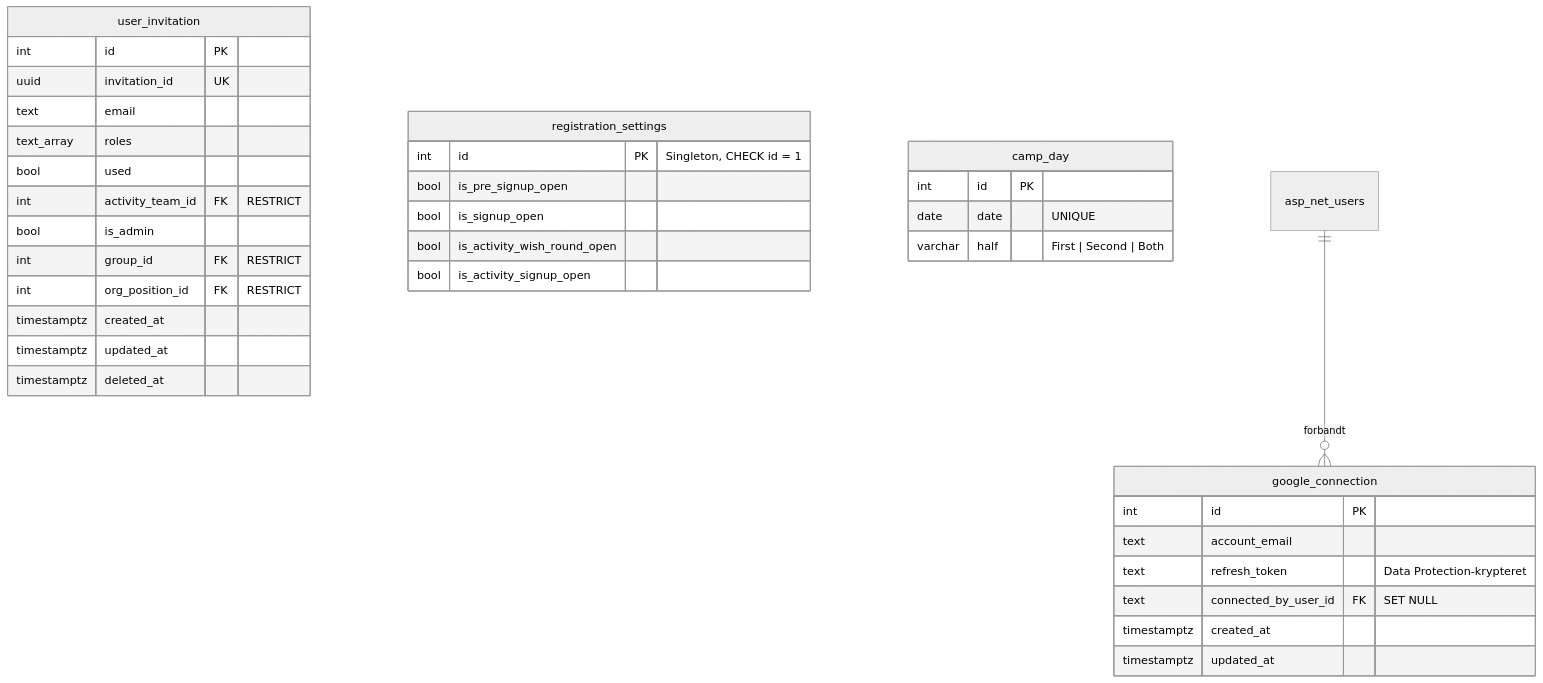
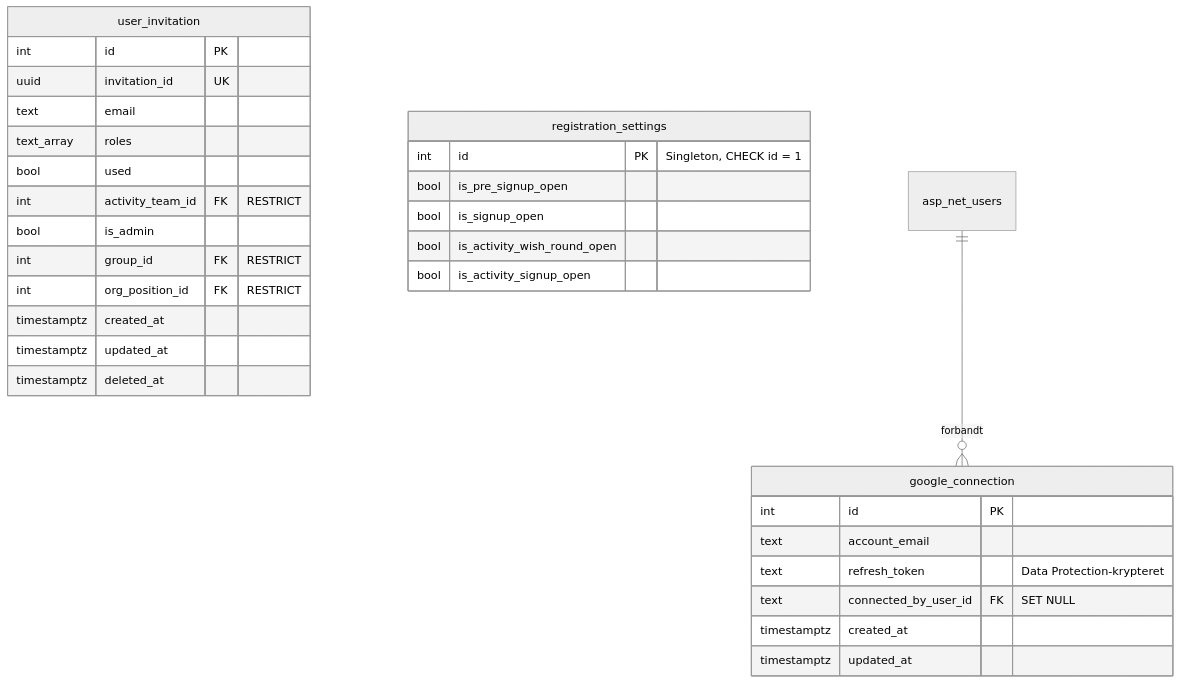
One commit to smallbenji/DS28-website changed the third of 7 diagrams in docs/database.md. Above: the diagram before and after it, drawn with Mermaid (neutral theme). The commit also changed other lines of this file and 20 other files, not shown here.

````diff
--- a/docs/database.md
+++ b/docs/database.md
@@ -375,42 +388,36 @@
 ```mermaid
 erDiagram
     user_invitation {
         int id PK
         uuid invitation_id UK
         text email
         text_array roles
         bool used
         int activity_team_id FK "RESTRICT"
         bool is_admin
         int group_id FK "RESTRICT"
         int org_position_id FK "RESTRICT"
         timestamptz created_at
         timestamptz updated_at
         timestamptz deleted_at
     }
 
     registration_settings {
         int id PK "Singleton, CHECK id = 1"
         bool is_pre_signup_open
         bool is_signup_open
         bool is_activity_wish_round_open
         bool is_activity_signup_open
     }
 
-    camp_day {
-        int id PK
-        date date "UNIQUE"
-        varchar half "First | Second | Both"
-    }
-
     google_connection {
         int id PK
         text account_email
         text refresh_token "Data Protection-krypteret"
         text connected_by_user_id FK "SET NULL"
         timestamptz created_at
         timestamptz updated_at
     }
 
     asp_net_users ||--o{ google_connection : "forbandt"
 ```
````
